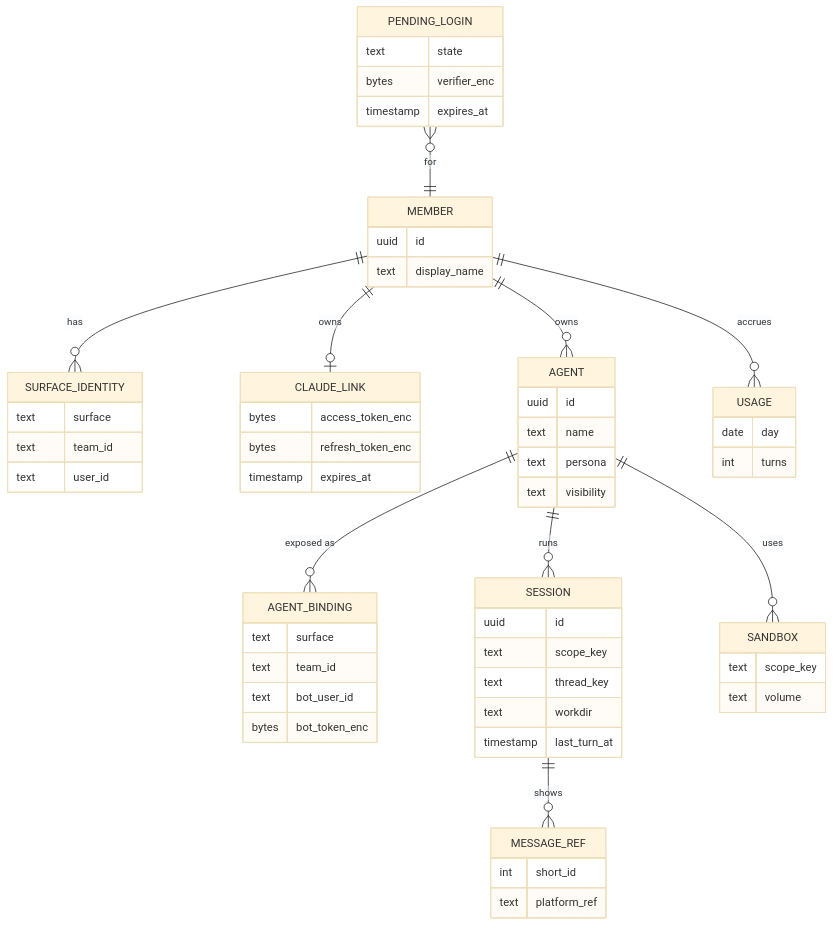
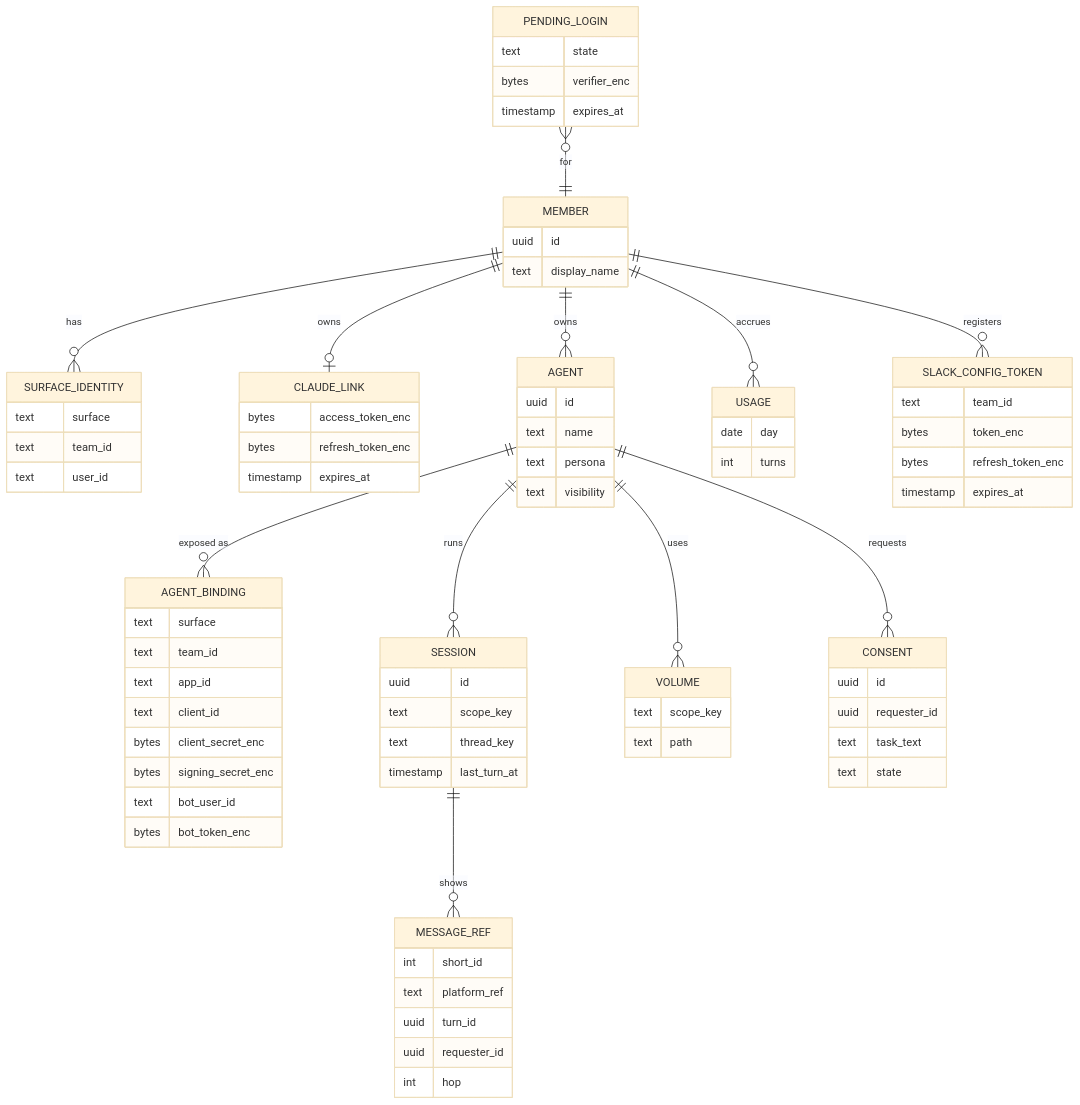
The seventh of 7 diagrams in docs/design.md (agentsky/agent-core), drawn with Mermaid (base theme) before and after one commit. The commit also changed other lines of this file, not shown here.

```diff
--- a/docs/design.md
+++ b/docs/design.md
@@ -441,9 +544,11 @@
     AGENT ||--o{ AGENT_BINDING : "exposed as"
     AGENT ||--o{ SESSION : runs
     SESSION ||--o{ MESSAGE_REF : shows
-    AGENT ||--o{ SANDBOX : uses
+    AGENT ||--o{ VOLUME : uses
     MEMBER ||--o{ USAGE : accrues
+    MEMBER ||--o{ SLACK_CONFIG_TOKEN : registers
     PENDING_LOGIN }o--|| MEMBER : for
+    AGENT ||--o{ CONSENT : requests
 
     MEMBER {
         uuid id
@@ -468,23 +573,41 @@
     AGENT_BINDING {
         text surface
         text team_id
+        text app_id
+        text client_id
+        bytes client_secret_enc
+        bytes signing_secret_enc
         text bot_user_id
         bytes bot_token_enc
+    }
+    SLACK_CONFIG_TOKEN {
+        text team_id
+        bytes token_enc
+        bytes refresh_token_enc
+        timestamp expires_at
     }
     SESSION {
         uuid id
         text scope_key
         text thread_key
-        text workdir
         timestamp last_turn_at
     }
     MESSAGE_REF {
         int short_id
         text platform_ref
+        uuid turn_id
+        uuid requester_id
+        int hop
     }
-    SANDBOX {
+    CONSENT {
+        uuid id
+        uuid requester_id
+        text task_text
+        text state
+    }
+    VOLUME {
         text scope_key
-        text volume
+        text path
     }
     USAGE {
         date day
```
